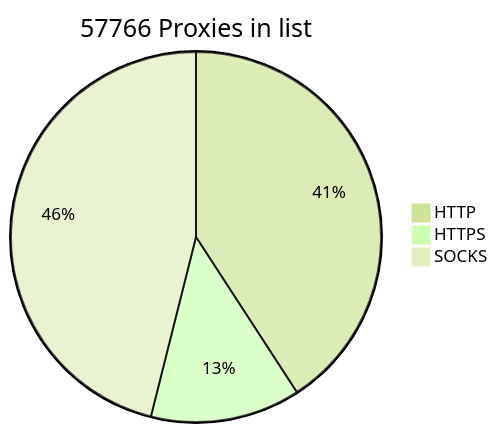
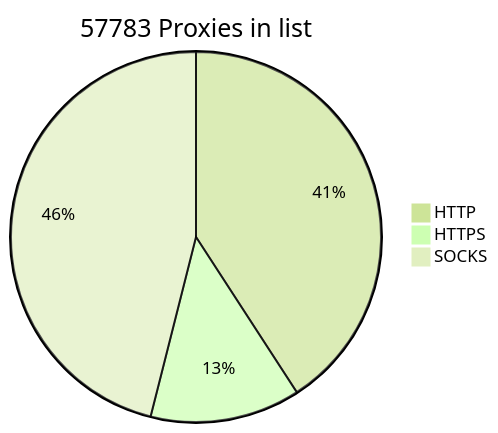
Before and after one commit to BlackSnowDot/proxylist-update-every-minute: the diagram in README.md, drawn with Mermaid (forest theme).

````diff
--- a/README.md
+++ b/README.md
@@ -2,6 +2,6 @@
 ```mermaid
-pie title 57766 Proxies in list
-    "HTTP" : 26509
-    "HTTPS": 8502
+pie title 57783 Proxies in list
+    "HTTP" : 26528
+    "HTTPS": 8515
     "SOCKS" : 29921
 ```
````
